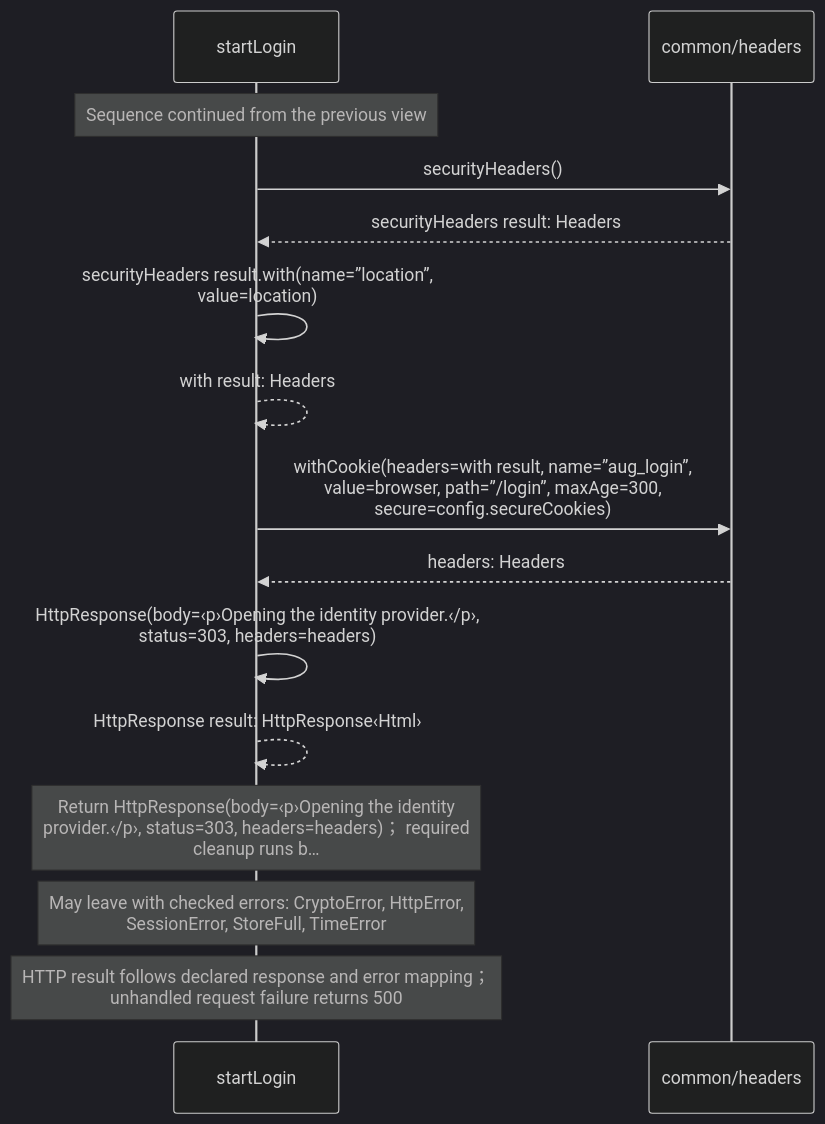
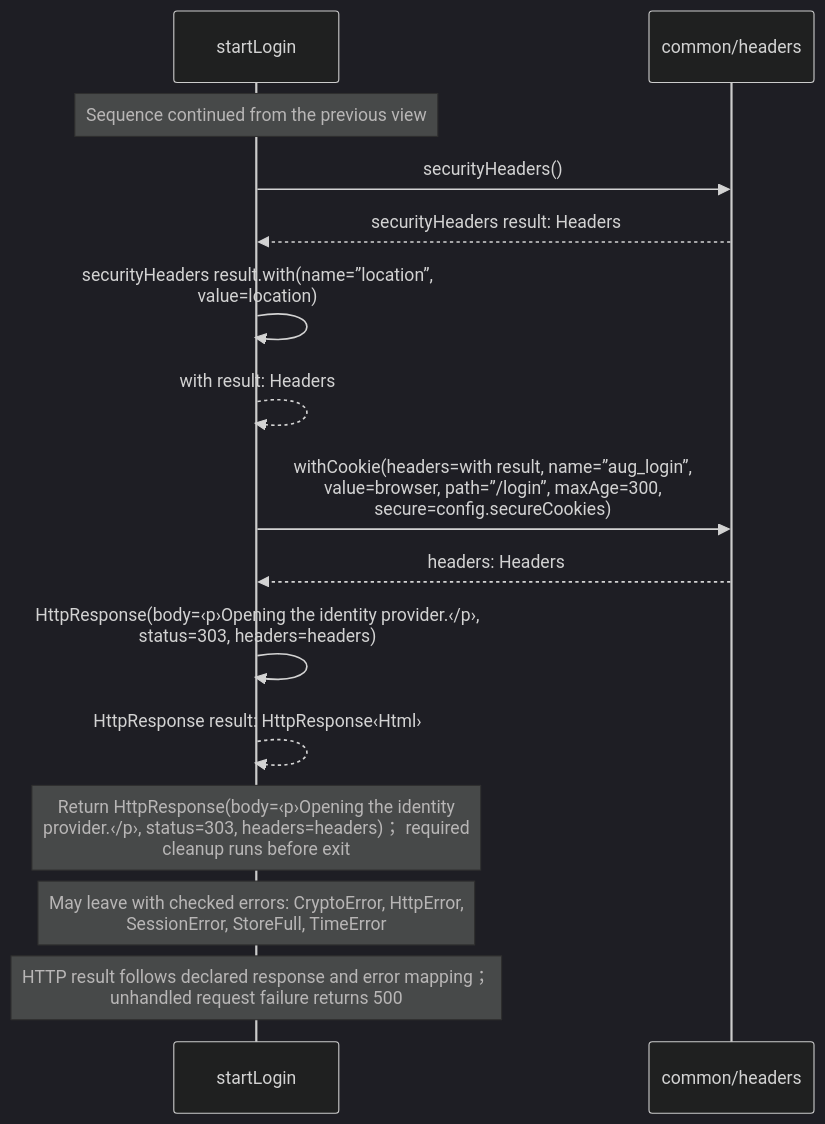
One commit to GreenPandaStudios/augscript changed the eighth of 13 diagrams in docs/examples/oidc-login/client/login-diagrams.md. Above: the diagram before and after it, drawn with Mermaid (dark theme). The commit also changed other lines of this file and 658 other files, not shown here.

````diff
--- a/docs/examples/oidc-login/client/login-diagrams.md
+++ b/docs/examples/oidc-login/client/login-diagrams.md
@@ -183,17 +195,17 @@
 ```mermaid
 sequenceDiagram
     participant p0 as startLogin
     participant p1 as common/headers
     Note over p0: Sequence continued from the previous view
     p0->>p1: securityHeaders()
     p1-->>p0: securityHeaders result: Headers
     p0->>p0: securityHeaders result.with(name=”location”,<br/>value=location)
     p0-->>p0: with result: Headers
     p0->>p1: withCookie(headers=with result, name=”aug_login”,<br/>value=browser, path=”/login”, maxAge=300,<br/>secure=config.secureCookies)
     p1-->>p0: headers: Headers
     p0->>p0: HttpResponse(body=‹p›Opening the identity provider.‹/p›,<br/>status=303, headers=headers)
     p0-->>p0: HttpResponse result: HttpResponse‹Html›
-    Note over p0: Return HttpResponse(body=‹p›Opening the identity<br/>provider.‹/p›, status=303, headers=headers)； required<br/>cleanup runs b…
+    Note over p0: Return HttpResponse(body=‹p›Opening the identity<br/>provider.‹/p›, status=303, headers=headers)； required<br/>cleanup runs before exit
     Note over p0: May leave with checked errors: CryptoError, HttpError,<br/>SessionError, StoreFull, TimeError
     Note over p0: HTTP result follows declared response and error mapping；<br/>unhandled request failure returns 500
 ```
````
